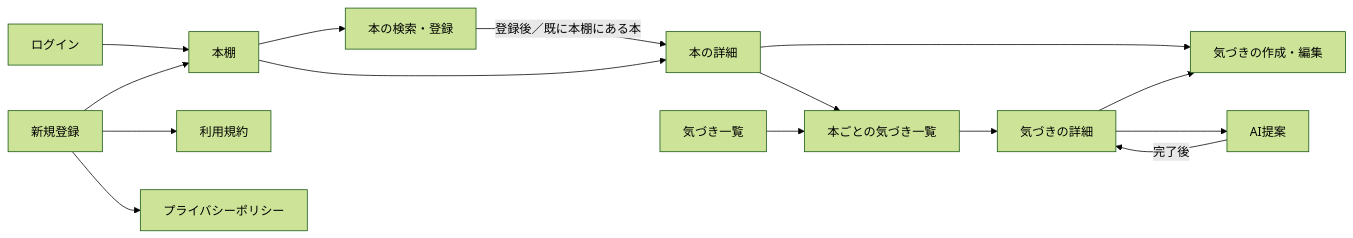
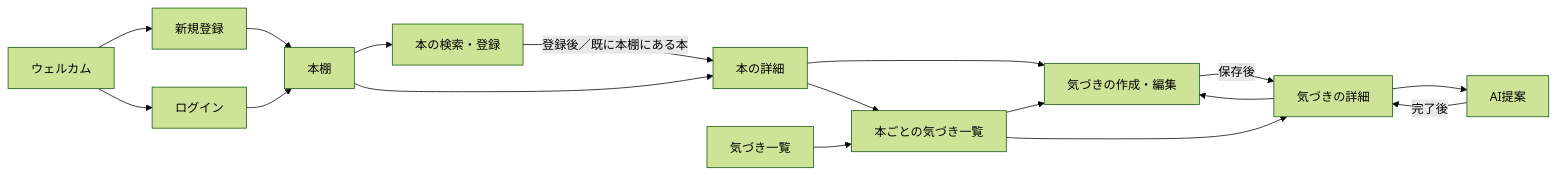
Before and after one commit to Shuhei-Hashizdume/shiorime: the diagram in docs/requirements.md, drawn with Mermaid (forest theme). The commit also changed other lines of this file and 3 other files, not shown here.

Commit message:
docs: 新規登録・ログイン・ウェルカム・規約の画面設計を追加し、画面一覧を更新

````diff
--- a/docs/requirements.md
+++ b/docs/requirements.md
@@ -524,17 +528,19 @@
 ```mermaid
 flowchart LR
-  Signup[新規登録] --> Shelf[本棚]
-  Login[ログイン] --> Shelf
+  Welcome[ウェルカム] --> Signup[新規登録]
+  Welcome --> Login[ログイン]
+  Signup --> Shelf[本棚]
+  Login --> Shelf
   Shelf --> Search[本の検索・登録]
   Shelf --> BookDetail[本の詳細]
   Search -->|登録後／既に本棚にある本| BookDetail
   BookDetail --> NoteEdit[気づきの作成・編集]
   BookDetail --> BookNotes[本ごとの気づき一覧]
   NoteList[気づき一覧] --> BookNotes
+  BookNotes --> NoteEdit
   BookNotes --> NoteDetail[気づきの詳細]
+  NoteEdit -->|保存後| NoteDetail
   NoteDetail --> NoteEdit
   NoteDetail --> AI[AI提案]
   AI -->|完了後| NoteDetail
-  Signup --> Terms[利用規約]
-  Signup --> Privacy[プライバシーポリシー]
 ```
````
